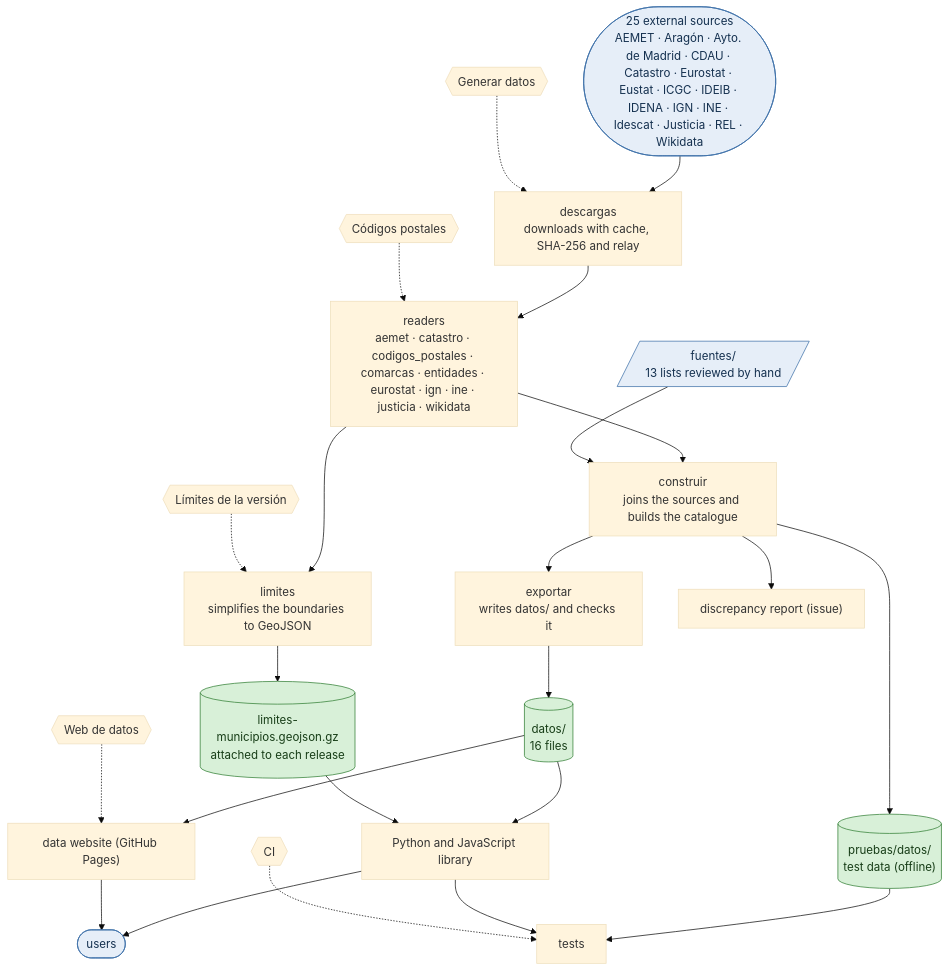
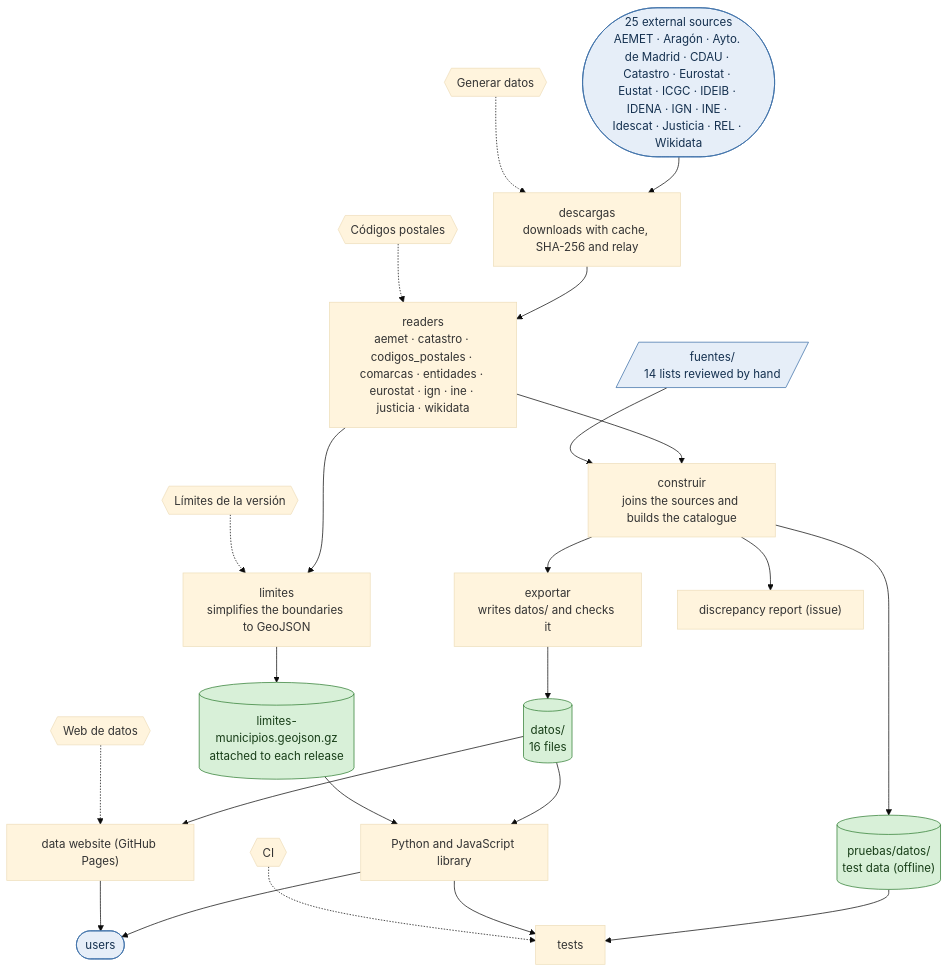
The fourth of 6 diagrams in docs/status.md (alertapublica/territorios-es), drawn with Mermaid (base theme) before and after one commit. The commit also changed other lines of this file and 28 other files, not shown here.

````diff
--- a/docs/status.md
+++ b/docs/status.md
@@ -139,45 +139,45 @@
 ```mermaid
 flowchart TB
   accTitle: Repository
   ext(["25 external sources<br>AEMET · Aragón · Ayto. de Madrid · CDAU · Catastro · Eurostat · Eustat · ICGC · IDEIB · IDENA · IGN · INE · Idescat · Justicia · REL · Wikidata"])
-  hand[/"fuentes/<br>13 lists reviewed by hand"/]
+  hand[/"fuentes/<br>14 lists reviewed by hand"/]
   descargas["descargas<br>downloads with cache, SHA-256 and relay"]
   readers["readers<br>aemet · catastro · codigos_postales · comarcas · entidades · eurostat · ign · ine · justicia · wikidata"]
   construir["construir<br>joins the sources and builds the catalogue"]
   exportar["exportar<br>writes datos/ and checks it"]
   limites["limites<br>simplifies the boundaries to GeoJSON"]
   datos[("datos/<br>16 files")]
   geo[("limites-municipios.geojson.gz<br>attached to each release")]
   report["discrepancy report (issue)"]
   lib["Python and JavaScript library"]
   web["data website (GitHub Pages)"]
   users(["users"])
   fixture[("pruebas/datos/<br>test data (offline)")]
   tests["tests"]
   ext --> descargas --> readers --> construir --> exportar --> datos
   hand --> construir
   readers --> limites --> geo
   construir --> report
   datos --> lib
   geo --> lib
   datos --> web
   lib --> users
   web --> users
   construir --> fixture --> tests
   lib --> tests
   wf_ci_yml{{"CI"}}
   wf_generar_yml{{"Generar datos"}}
   wf_codigos_postales_yml{{"Códigos postales"}}
   wf_limites_yml{{"Límites de la versión"}}
   wf_pages_yml{{"Web de datos"}}
   wf_generar_yml -.-> descargas
   wf_codigos_postales_yml -.-> readers
   wf_limites_yml -.-> limites
   wf_pages_yml -.-> web
   wf_ci_yml -.-> tests
   class datos,geo,fixture done
   class ext,hand,users box
   classDef done fill:#d8f0d8,stroke:#2e7d32,color:#173d17
   classDef todo fill:#fdecc8,stroke:#b26a00,color:#4a2c00,stroke-dasharray:4 3
   classDef box fill:#e6eef8,stroke:#3b6ea8,color:#14304f
 ```
````
